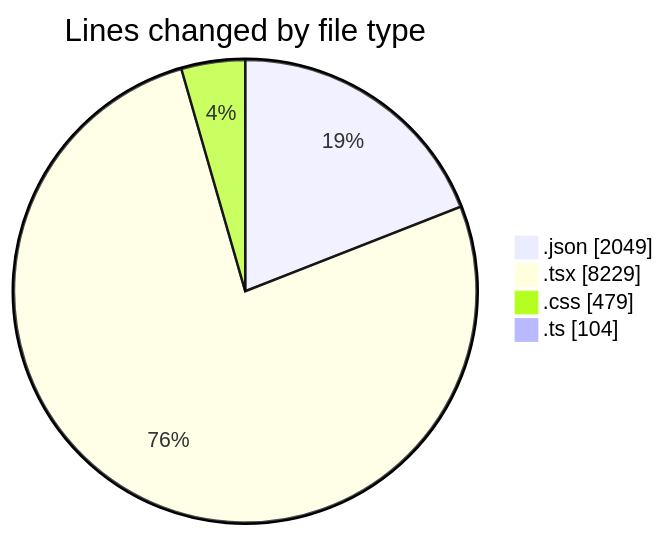
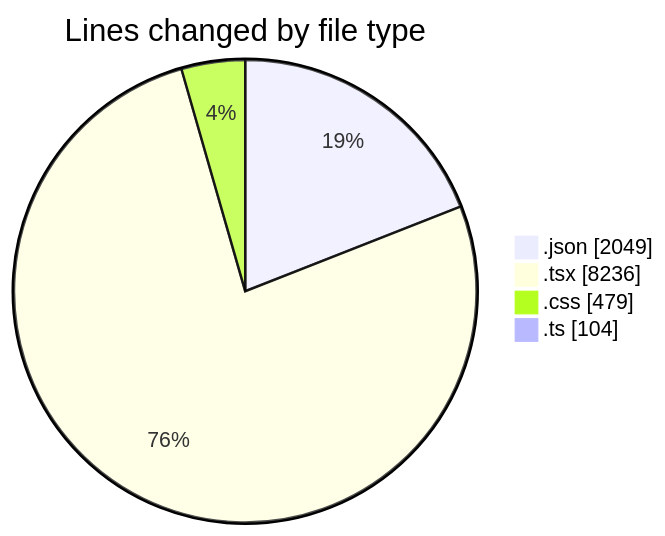
The first of 2 diagrams in 2025-08-14/ribbon/README.md (EIIisD/code-tracking), drawn with Mermaid before and after one commit. The commit also changed other lines of this file and 1 other file, not shown here.

````diff
--- a/2025-08-14/ribbon/README.md
+++ b/2025-08-14/ribbon/README.md
@@ -34,8 +34,8 @@
 ```mermaid
 pie showData
 title Lines changed by file type
 ".json" : 2049
-".tsx" : 8229
+".tsx" : 8236
 ".css" : 479
 ".ts" : 104
 ```
````
